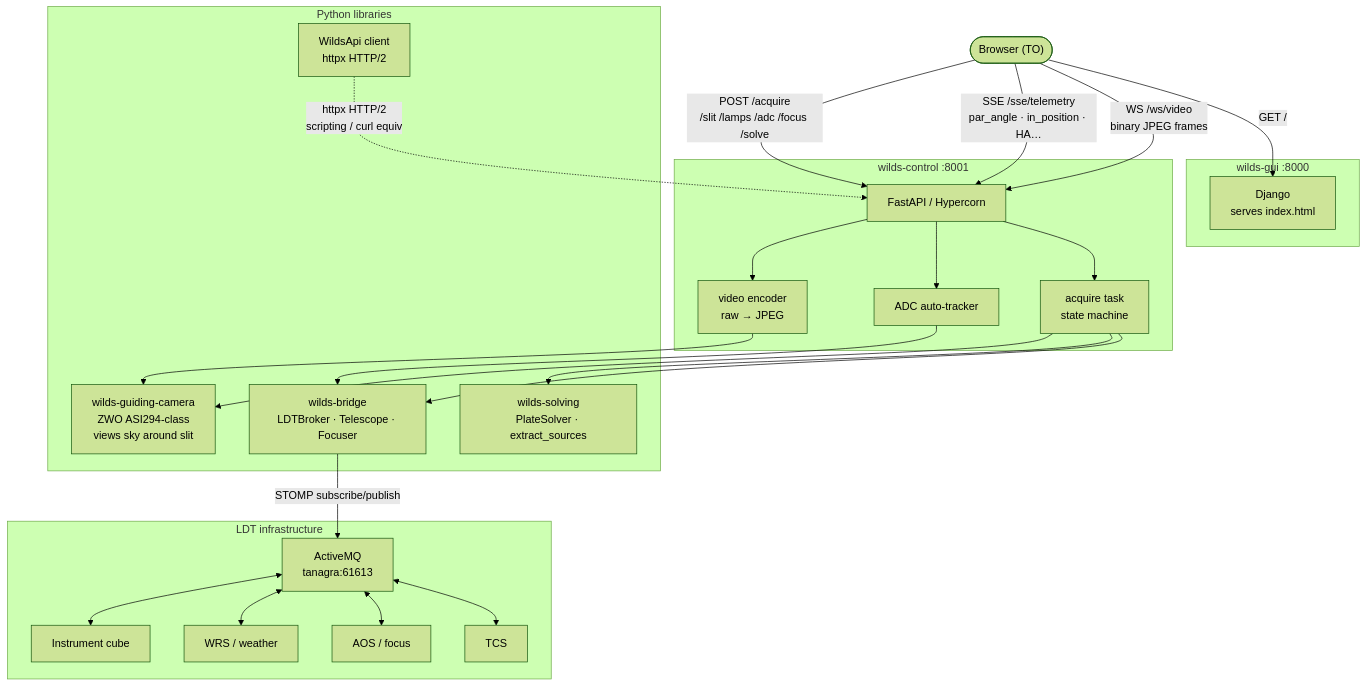
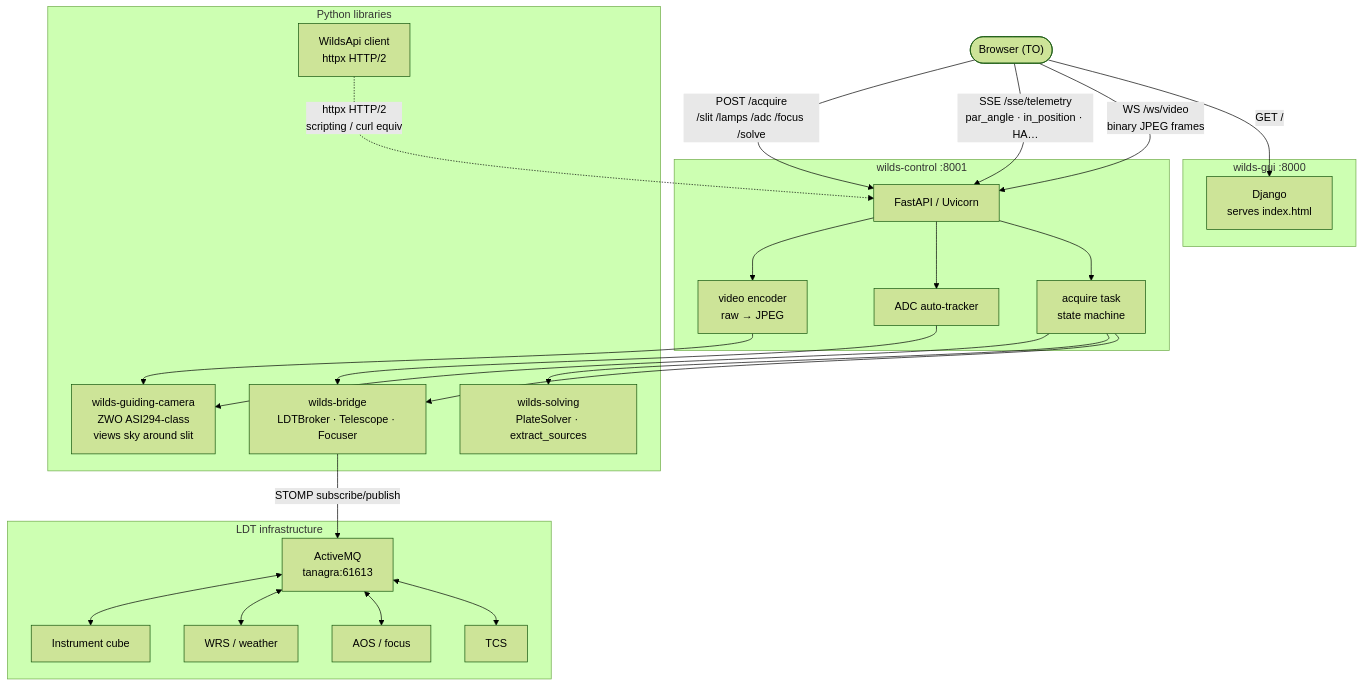
Before and after one commit to The-WILDS-Project/wilds-control: the diagram in docs/architecture.md, drawn with Mermaid (forest theme). The commit also changed 2 other files, not shown here.

Commit message:
Switch to Uvicorn; add VS Code launch config (#1)

````diff
--- a/docs/architecture.md
+++ b/docs/architecture.md
@@ -3,53 +3,53 @@
 ```mermaid
 graph TB
     TO(["Browser (TO)"])
 
     subgraph gui["wilds-gui  :8000"]
         Django["Django\nserves index.html"]
     end
 
     subgraph ctrl["wilds-control  :8001"]
-        FastAPI["FastAPI / Hypercorn"]
+        FastAPI["FastAPI / Uvicorn"]
         Acquire["acquire task\nstate machine"]
         ADCTrack["ADC auto-tracker"]
         VideoEnc["video encoder\nraw → JPEG"]
     end
 
     subgraph libs["Python libraries"]
         Bridge["wilds-bridge\nLDTBroker · Telescope · Focuser"]
         Solving["wilds-solving\nPlateSolver · extract_sources"]
         Camera["wilds-guiding-camera\nZWO ASI294-class\nviews sky around slit"]
         WildsApi["WildsApi client\nhttpx HTTP/2"]
     end
 
     subgraph ldt["LDT infrastructure"]
         AMQ["ActiveMQ\ntanagra:61613"]
         TCS["TCS"]
         AOS["AOS / focus"]
         WRS["WRS / weather"]
         ICube["Instrument cube"]
     end
 
     TO -- "GET /" --> Django
     TO -- "WS /ws/video\nbinary JPEG frames" --> FastAPI
     TO -- "SSE /sse/telemetry\npar_angle · in_position · HA…" --> FastAPI
     TO -- "POST /acquire\n/slit /lamps /adc /focus /solve" --> FastAPI
 
     FastAPI --> Acquire
     FastAPI --> ADCTrack
     FastAPI --> VideoEnc
 
     Acquire --> Bridge
     Acquire --> Solving
     Acquire --> Camera
     ADCTrack --> Bridge
     VideoEnc --> Camera
 
     Bridge -- "STOMP subscribe/publish" --> AMQ
     AMQ <--> TCS
     AMQ <--> AOS
     AMQ <--> WRS
     AMQ <--> ICube
 
     WildsApi -. "httpx HTTP/2\nscripting / curl equiv" .-> FastAPI
 ```
````
